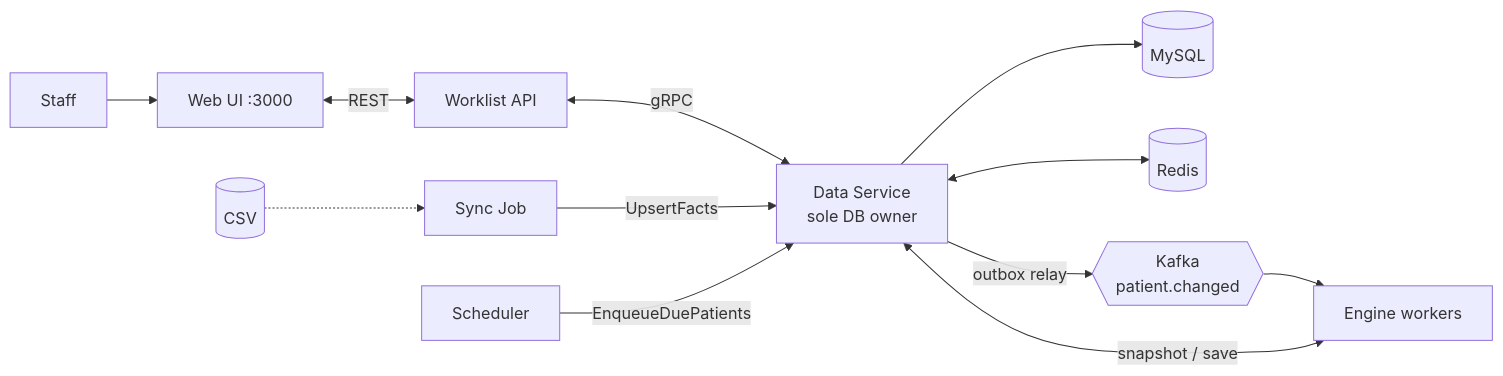
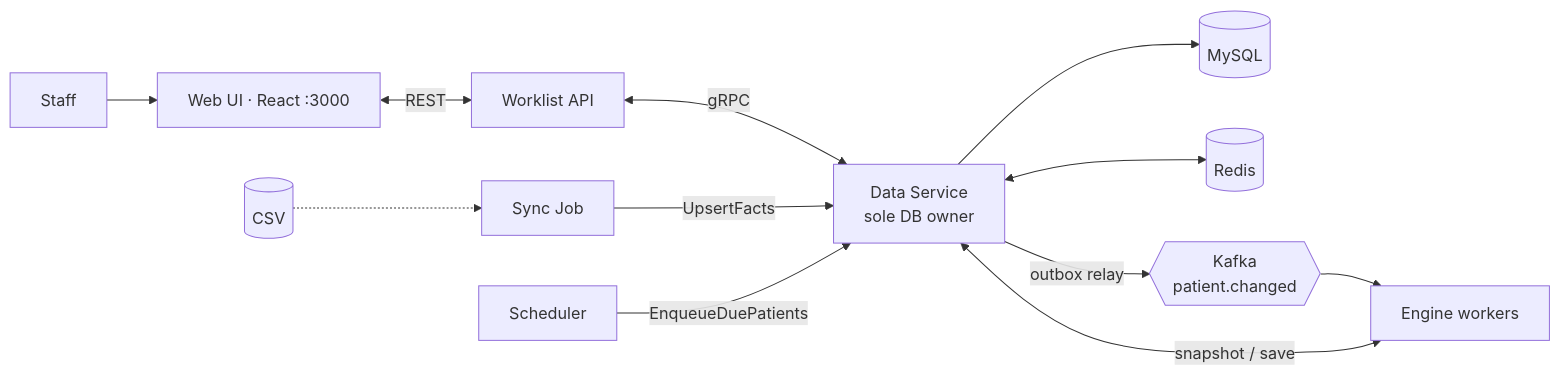
Before and after one commit to FuriousApe/eCares: the diagram in docs/ARCHITECTURE.md, drawn with Mermaid. The commit also changed other lines of this file and 27 other files, not shown here.

First line of the commit message:
Replace static UI with React (Vite + TypeScript) for front desk and call center staff

````diff
--- a/docs/ARCHITECTURE.md
+++ b/docs/ARCHITECTURE.md
@@ -15,13 +15,13 @@
 ```mermaid
 flowchart LR
-  U[Staff] --> UI[Web UI :3000] <-->|REST| API[Worklist API]
+  U[Staff] --> UI[Web UI · React :3000] <-->|REST| API[Worklist API]
   API <-->|gRPC| DS[Data Service<br/>sole DB owner]
   SYNC[Sync Job] -->|UpsertFacts| DS
   SCHED[Scheduler] -->|EnqueueDuePatients| DS
   DS --> DB[(MySQL)]
   DS <--> R[(Redis)]
   DS -->|outbox relay| K{{Kafka<br/>patient.changed}}
   K --> ENG[Engine workers]
   ENG <-->|snapshot / save| DS
   CSV[(CSV)] -.-> SYNC
 ```
````
